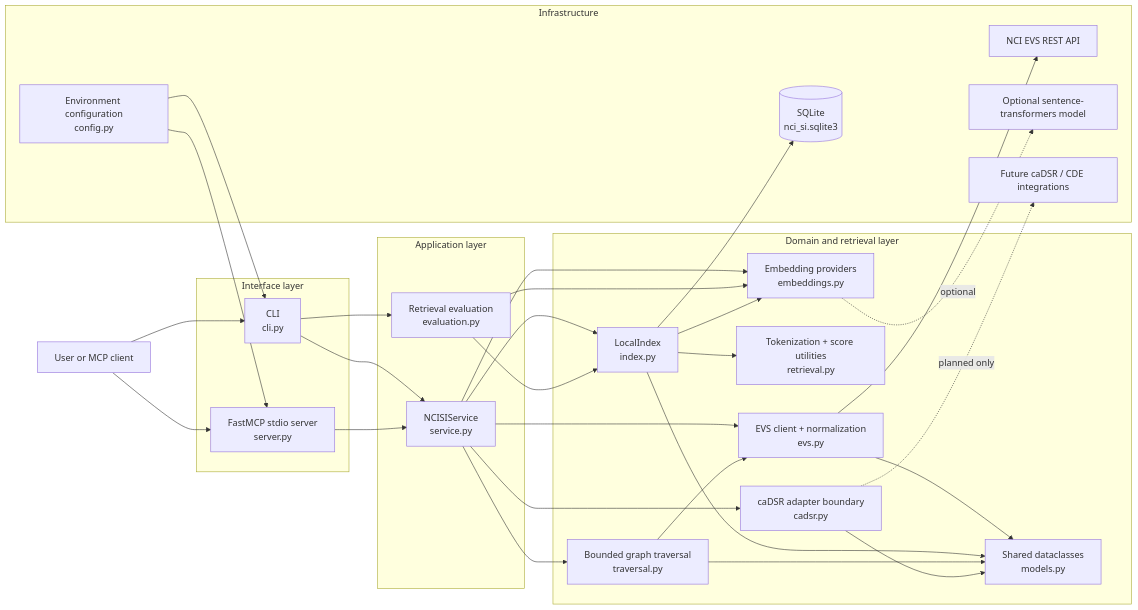
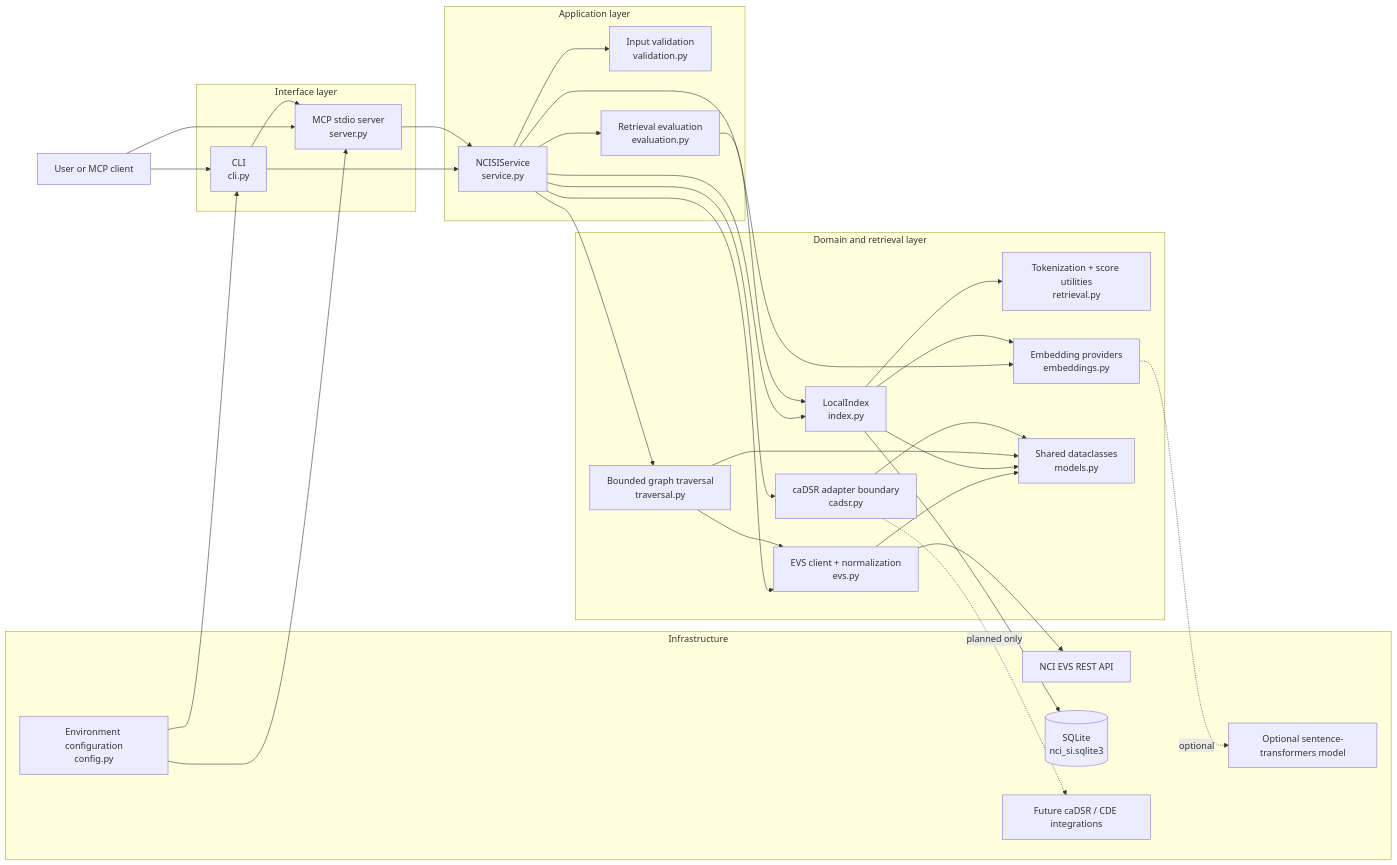
Before and after one commit to CBIIT/nci-si-mcp: the first of 2 diagrams in ARCHITECTURE.md, drawn with Mermaid. The commit also changed other lines of this file and 2 other files, not shown here.

````diff
--- a/ARCHITECTURE.md
+++ b/ARCHITECTURE.md
@@ -9,61 +9,63 @@
 ```mermaid
 flowchart LR
     User["User or MCP client"]
 
     subgraph Interfaces["Interface layer"]
         CLI["CLI<br/>cli.py"]
-        MCP["FastMCP stdio server<br/>server.py"]
+        MCP["MCP stdio server<br/>server.py"]
     end
 
     subgraph Application["Application layer"]
         Service["NCISIService<br/>service.py"]
+        Validation["Input validation<br/>validation.py"]
         Eval["Retrieval evaluation<br/>evaluation.py"]
     end
 
     subgraph Domain["Domain and retrieval layer"]
         EVS["EVS client + normalization<br/>evs.py"]
         Index["LocalIndex<br/>index.py"]
         Retrieval["Tokenization + score utilities<br/>retrieval.py"]
         Embeddings["Embedding providers<br/>embeddings.py"]
         Traversal["Bounded graph traversal<br/>traversal.py"]
         Cadsr["caDSR adapter boundary<br/>cadsr.py"]
         Models["Shared dataclasses<br/>models.py"]
     end
 
     subgraph Infrastructure["Infrastructure"]
         EVSAPI["NCI EVS REST API"]
         SQLite[("SQLite<br/>nci_si.sqlite3")]
         ST["Optional sentence-transformers model"]
         FutureCadsr["Future caDSR / CDE integrations"]
         Env["Environment configuration<br/>config.py"]
     end
 
     User --> CLI
     User --> MCP
     CLI --> Service
+    CLI --> MCP
     MCP --> Service
-    CLI --> Eval
 
     Env --> CLI
     Env --> MCP
+    Service --> Validation
     Service --> EVS
     Service --> Index
     Service --> Traversal
     Service --> Cadsr
     Service --> Embeddings
+    Service --> Eval
     Eval --> Index
-    Eval --> Embeddings
 
     EVS --> EVSAPI
     Traversal --> EVS
     Index --> Retrieval
     Index --> Embeddings
     Index --> SQLite
     Embeddings -. "optional" .-> ST
     Cadsr -. "planned only" .-> FutureCadsr
 
     EVS --> Models
     Index --> Models
     Traversal --> Models
     Cadsr --> Models
 ```
````
